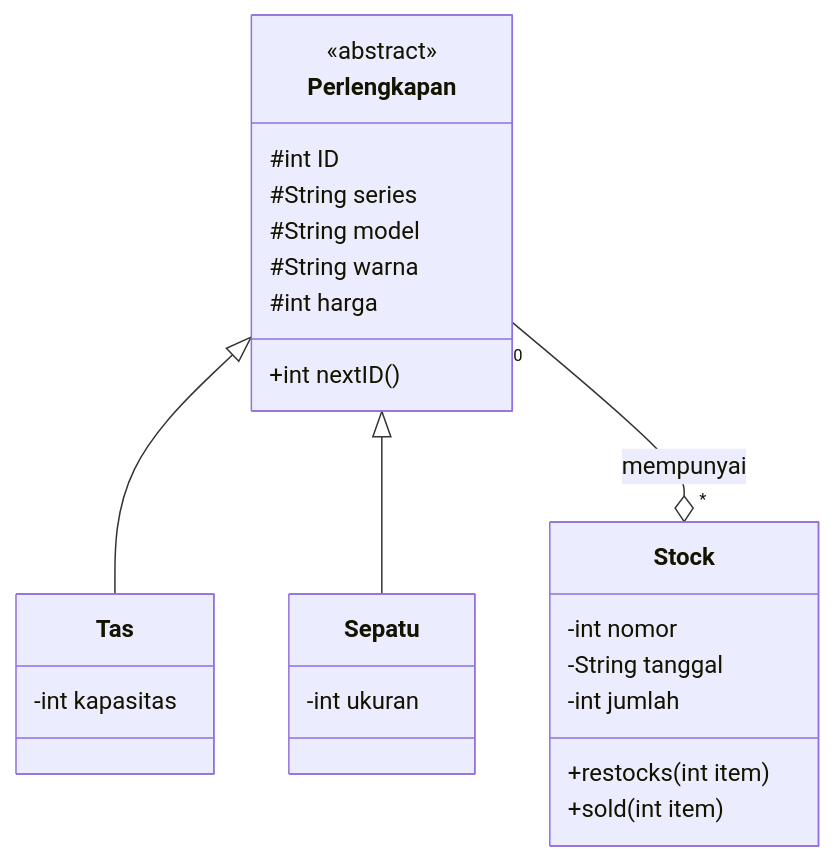
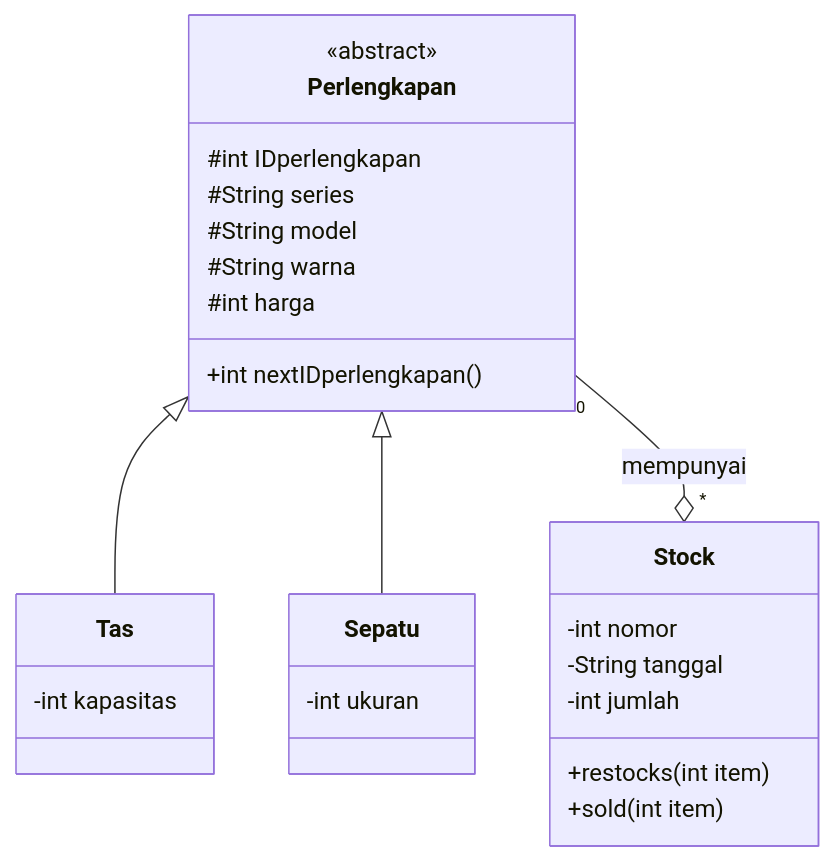
Before and after one commit to achieto/Tugas-PBO: the first of 3 diagrams in README.md, drawn with Mermaid.

````diff
--- a/README.md
+++ b/README.md
@@ -21,30 +21,30 @@
 ```mermaid
 classDiagram
       Perlengkapan <|-- Tas
       Perlengkapan <|-- Sepatu
       Perlengkapan "0"--o"*" Stock : mempunyai
 
       class Perlengkapan{
         <<abstract>>
-        #int ID
+        #int IDperlengkapan
         #String series
         #String model
         #String warna
         #int harga
-        +int nextID()
+        +int nextIDperlengkapan()
       }
       
       class Tas{
           -int kapasitas
       }
       class Sepatu{
           -int ukuran
       }
       class Stock{
           -int nomor
           -String tanggal
           -int jumlah
           +restocks(int item)
           +sold(int item)
       }
 ```		
````
